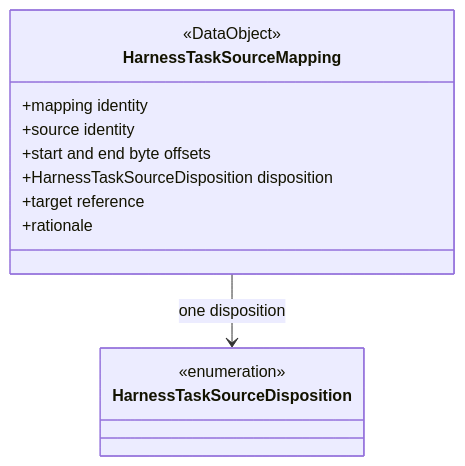
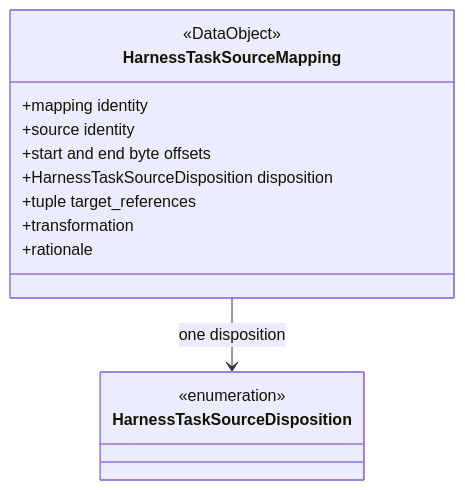
The eighth of 20 diagrams in docs/harness/ksdft2effmass.harness.002.001.010.md (eragasa/ksdft2effmass), drawn with Mermaid before and after one commit. The commit also changed other lines of this file and 10 other files, not shown here.

````diff
--- a/docs/harness/ksdft2effmass.harness.002.001.010.md
+++ b/docs/harness/ksdft2effmass.harness.002.001.010.md
@@ -354,16 +412,17 @@
 ```mermaid
 classDiagram
     class HarnessTaskSourceMapping {
         <<DataObject>>
         +mapping identity
         +source identity
         +start and end byte offsets
         +HarnessTaskSourceDisposition disposition
-        +target reference
+        +tuple target_references
+        +transformation
         +rationale
     }
     class HarnessTaskSourceDisposition {
         <<enumeration>>
     }
     HarnessTaskSourceMapping --> HarnessTaskSourceDisposition : one disposition
 ```
````
